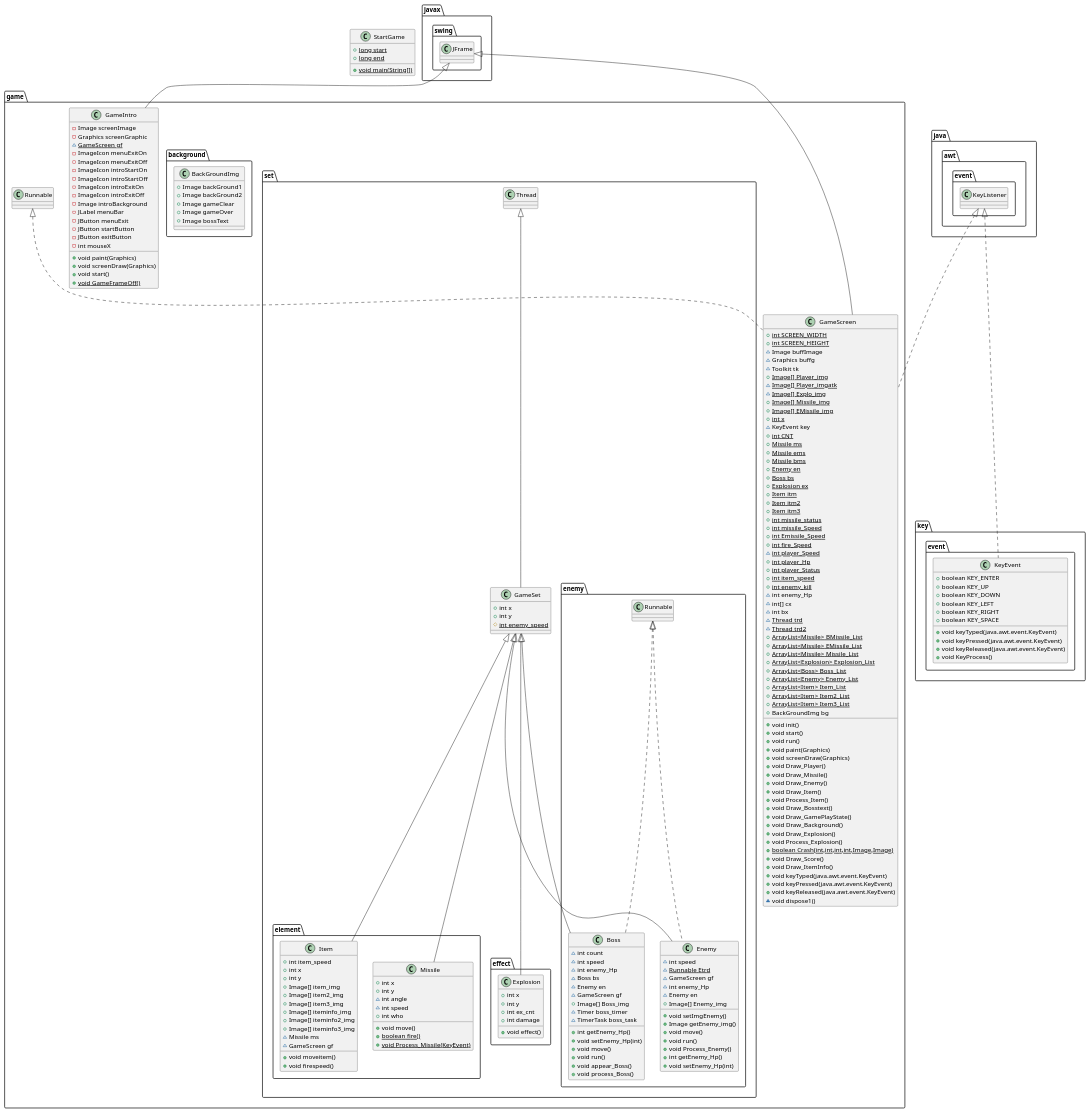
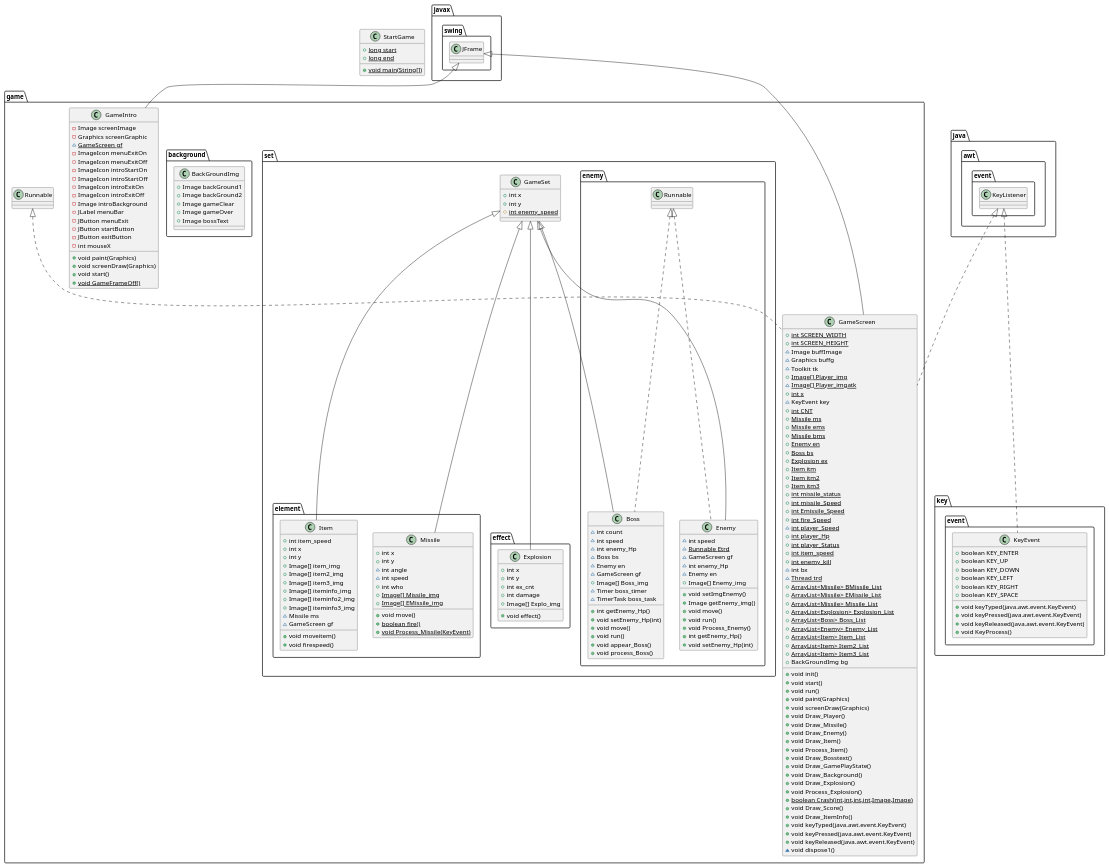
The diagram in JavaPokeShooting/uml.puml (LuxJung/JavaPokeShooting), drawn with PlantUML before and after one commit. The commit also changed 24 other files, not shown here.

Commit message:
classdiagram update

```diff
--- a/JavaPokeShooting/uml.puml
+++ b/JavaPokeShooting/uml.puml
@@ -5,6 +5,8 @@
 ~ int angle
 ~ int speed
 + int who
++ {static} Image[] Missile_img
++ {static} Image[] EMissile_img
 + void move()
 + {static} boolean fire()
 + {static} void Process_Missile(KeyEvent)
@@ -62,6 +64,7 @@
 + int y
 + int ex_cnt
 + int damage
++ Image[] Explo_img
 + void effect()
 }
 class game.set.GameSet {
@@ -94,9 +97,6 @@
 ~ Toolkit tk
 + {static} Image[] Player_img
 ~ {static} Image[] Player_imgatk
-~ {static} Image[] Explo_img
-+ {static} Image[] Missile_img
-+ {static} Image[] EMissile_img
 + {static} int x
 ~ KeyEvent key
 + {static} int CNT
@@ -118,11 +118,8 @@
 + {static} int player_Status
 + {static} int item_speed
 + {static} int enemy_kill
-~ int enemy_Hp
-~ int[] cx
 ~ int bx
 ~ {static} Thread trd
-~ {static} Thread trd2
 + {static} ArrayList<Missile> BMissile_List
 + {static} ArrayList<Missile> EMissile_List
 + {static} ArrayList<Missile> Missile_List
@@ -189,7 +186,6 @@
 game.set.GameSet <|-- game.set.element.Item
 javax.swing.JFrame <|-- game.GameIntro
 game.set.GameSet <|-- game.set.effect.Explosion
-game.set.Thread <|-- game.set.GameSet
 game.set.enemy.Runnable <|.. game.set.enemy.Boss
 game.set.GameSet <|-- game.set.enemy.Boss
 java.awt.event.KeyListener <|.. game.GameScreen
```
